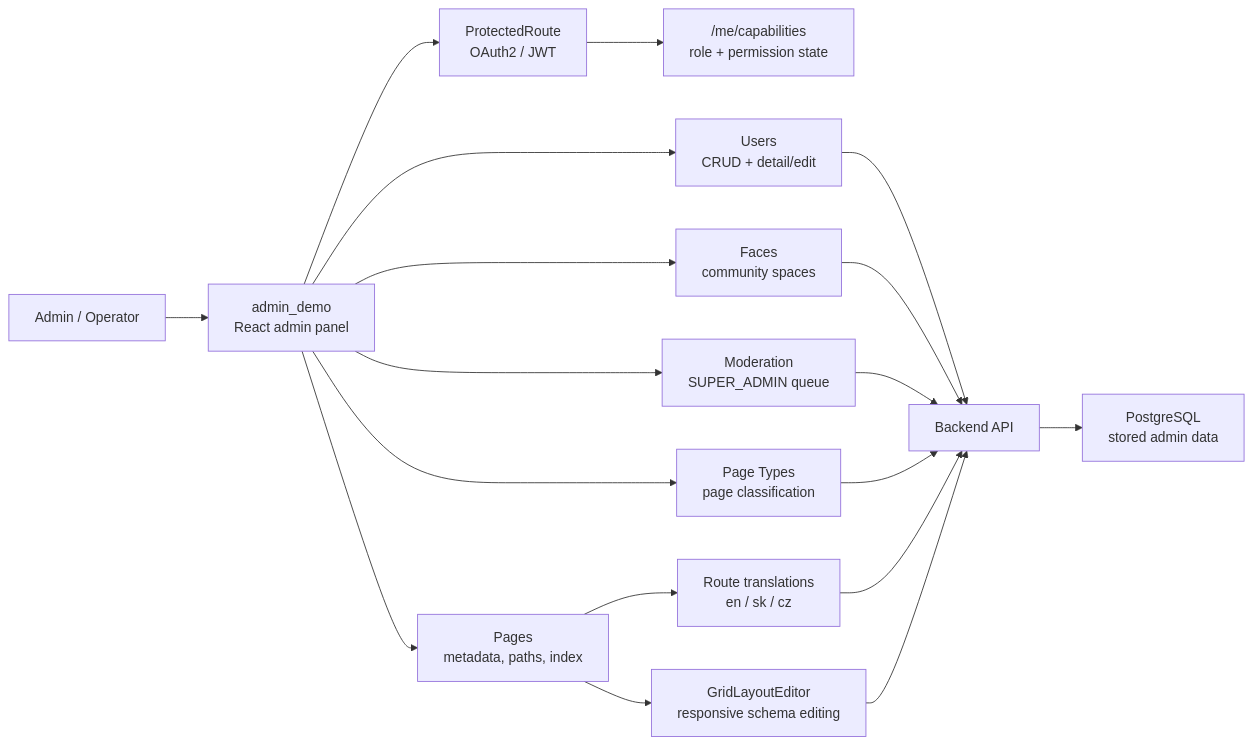
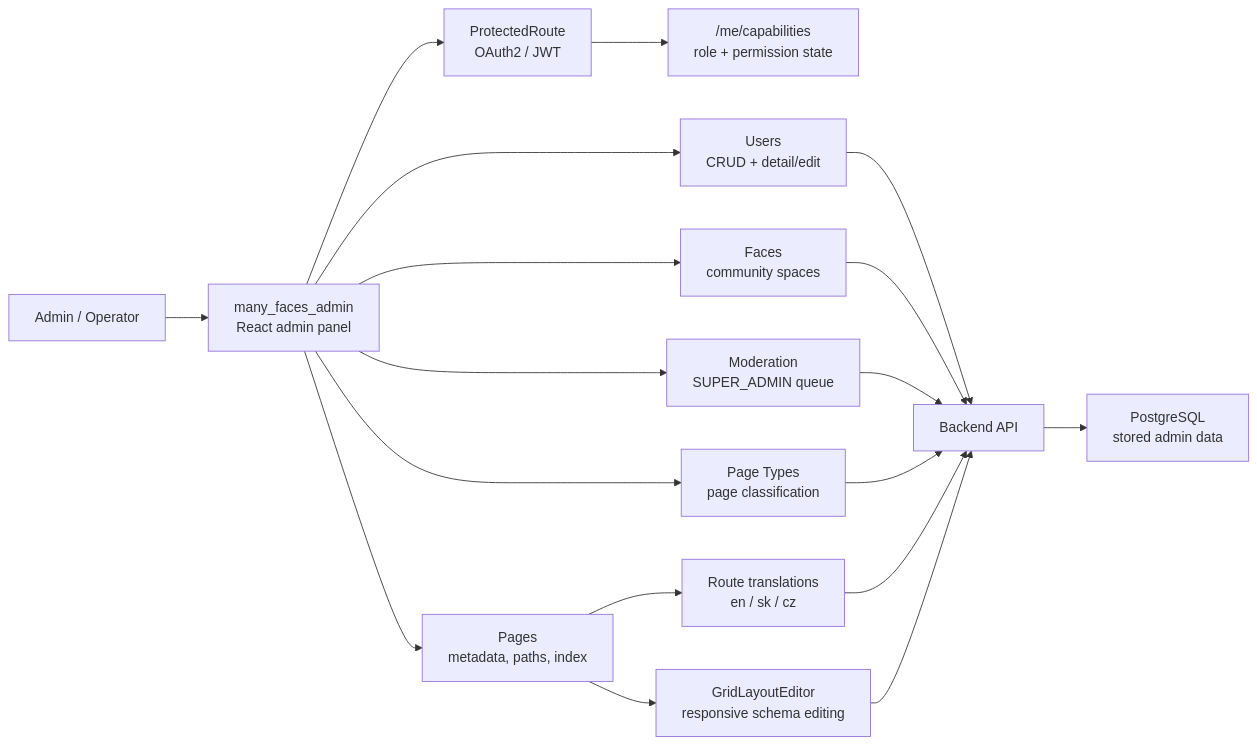
The second of 3 diagrams in README.md (01laky/admin_demo), drawn with Mermaid before and after one commit. The commit also changed other lines of this file and 15 other files, not shown here.

Commit message:
chore: align repo strings with many_faces monorepo paths

````diff
--- a/README.md
+++ b/README.md
@@ -49,23 +49,23 @@
 ```mermaid
 flowchart LR
-    operator["Admin / Operator"] --> admin["admin_demo<br/>React admin panel"]
+    operator["Admin / Operator"] --> admin["many_faces_admin<br/>React admin panel"]
     admin --> auth["ProtectedRoute<br/>OAuth2 / JWT"]
     auth --> caps["/me/capabilities<br/>role + permission state"]
 
     admin --> users["Users<br/>CRUD + detail/edit"]
     admin --> faces["Faces<br/>community spaces"]
     admin --> moderation["Moderation<br/>SUPER_ADMIN queue"]
     admin --> pageTypes["Page Types<br/>page classification"]
     admin --> pages["Pages<br/>metadata, paths, index"]
 
     pages --> translations["Route translations<br/>en / sk / cz"]
     pages --> grid["GridLayoutEditor<br/>responsive schema editing"]
 
     users --> api["Backend API"]
     faces --> api
     moderation --> api
     pageTypes --> api
     translations --> api
     grid --> api
     api --> db["PostgreSQL<br/>stored admin data"]
 ```
````
